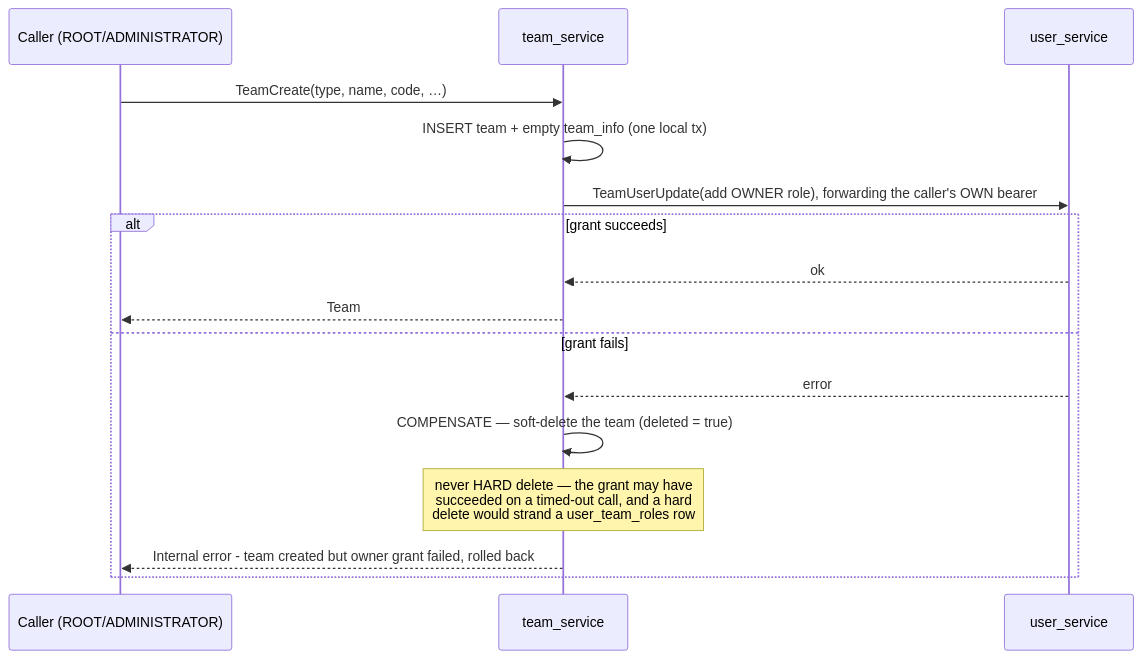
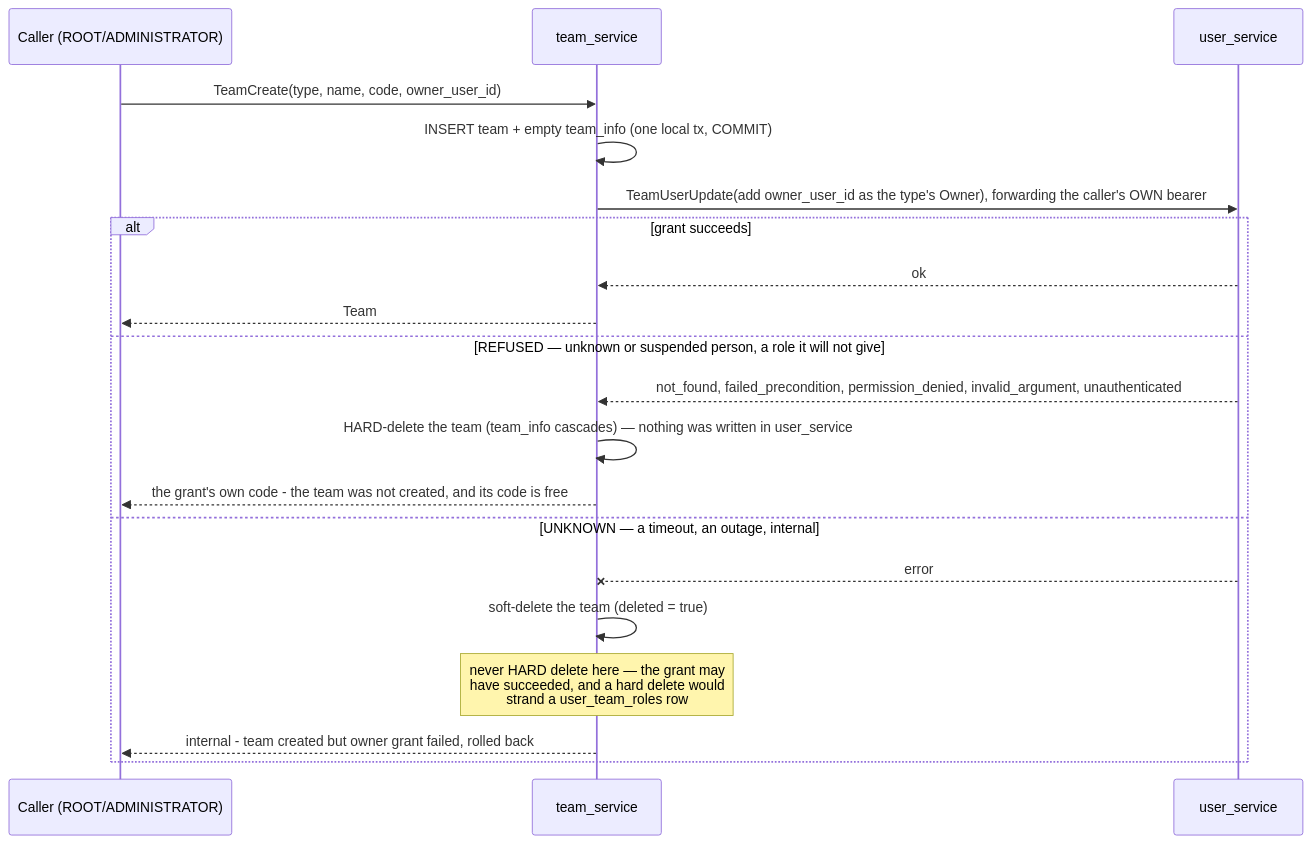
The diagram in docs/services/team_service/rpc.md (pdcgo/warehouse_revamp), drawn with Mermaid before and after one commit. The commit also changed other lines of this file and 29 other files, not shown here.

````diff
--- a/docs/services/team_service/rpc.md
+++ b/docs/services/team_service/rpc.md
@@ -13,18 +16,22 @@
 ```mermaid
 sequenceDiagram
     participant C as Caller (ROOT/ADMINISTRATOR)
     participant T as team_service
     participant U as user_service
-    C->>T: TeamCreate(type, name, code, …)
-    T->>T: INSERT team + empty team_info (one local tx)
-    T->>U: TeamUserUpdate(add OWNER role), forwarding the caller's OWN bearer
+    C->>T: TeamCreate(type, name, code, owner_user_id)
+    T->>T: INSERT team + empty team_info (one local tx, COMMIT)
+    T->>U: TeamUserUpdate(add owner_user_id as the type's Owner), forwarding the caller's OWN bearer
     alt grant succeeds
         U-->>T: ok
         T-->>C: Team
-    else grant fails
-        U-->>T: error
-        T->>T: COMPENSATE — soft-delete the team (deleted = true)
-        Note over T: never HARD delete — the grant may have<br/>succeeded on a timed-out call, and a hard<br/>delete would strand a user_team_roles row
-        T-->>C: Internal error - team created but owner grant failed, rolled back
+    else REFUSED — unknown or suspended person, a role it will not give
+        U-->>T: not_found, failed_precondition, permission_denied, invalid_argument, unauthenticated
+        T->>T: HARD-delete the team (team_info cascades) — nothing was written in user_service
+        T-->>C: the grant's own code - the team was not created, and its code is free
+    else UNKNOWN — a timeout, an outage, internal
+        U--xT: error
+        T->>T: soft-delete the team (deleted = true)
+        Note over T: never HARD delete here — the grant may<br/>have succeeded, and a hard delete would<br/>strand a user_team_roles row
+        T-->>C: internal - team created but owner grant failed, rolled back
     end
 ```
````
